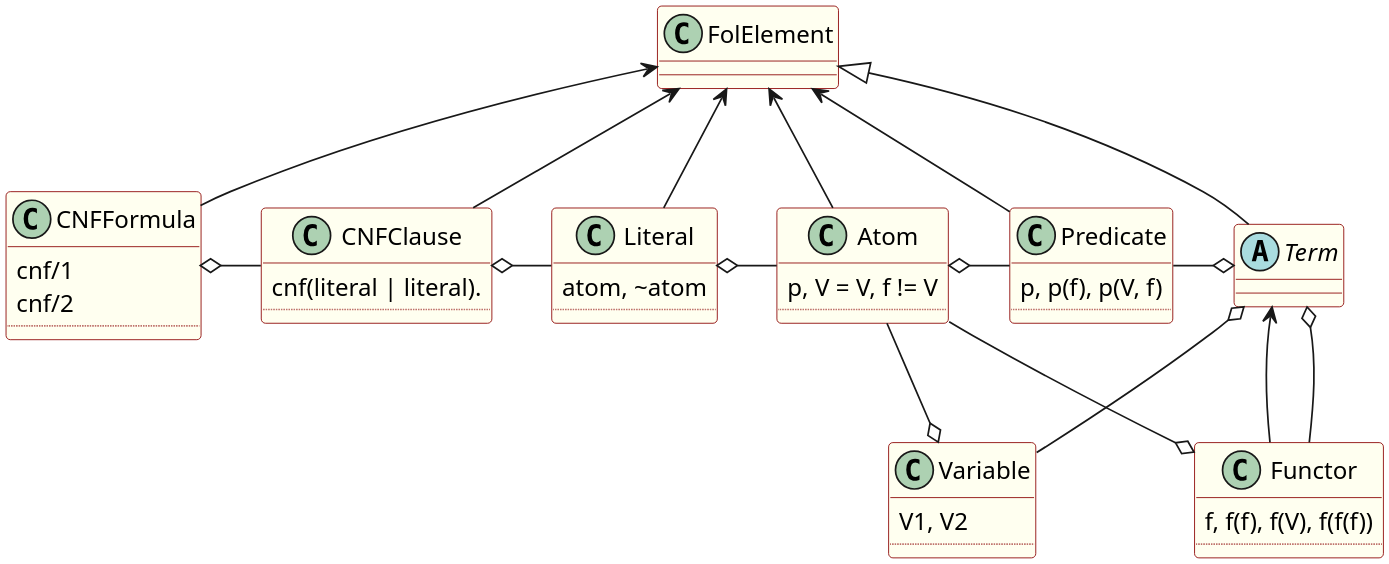
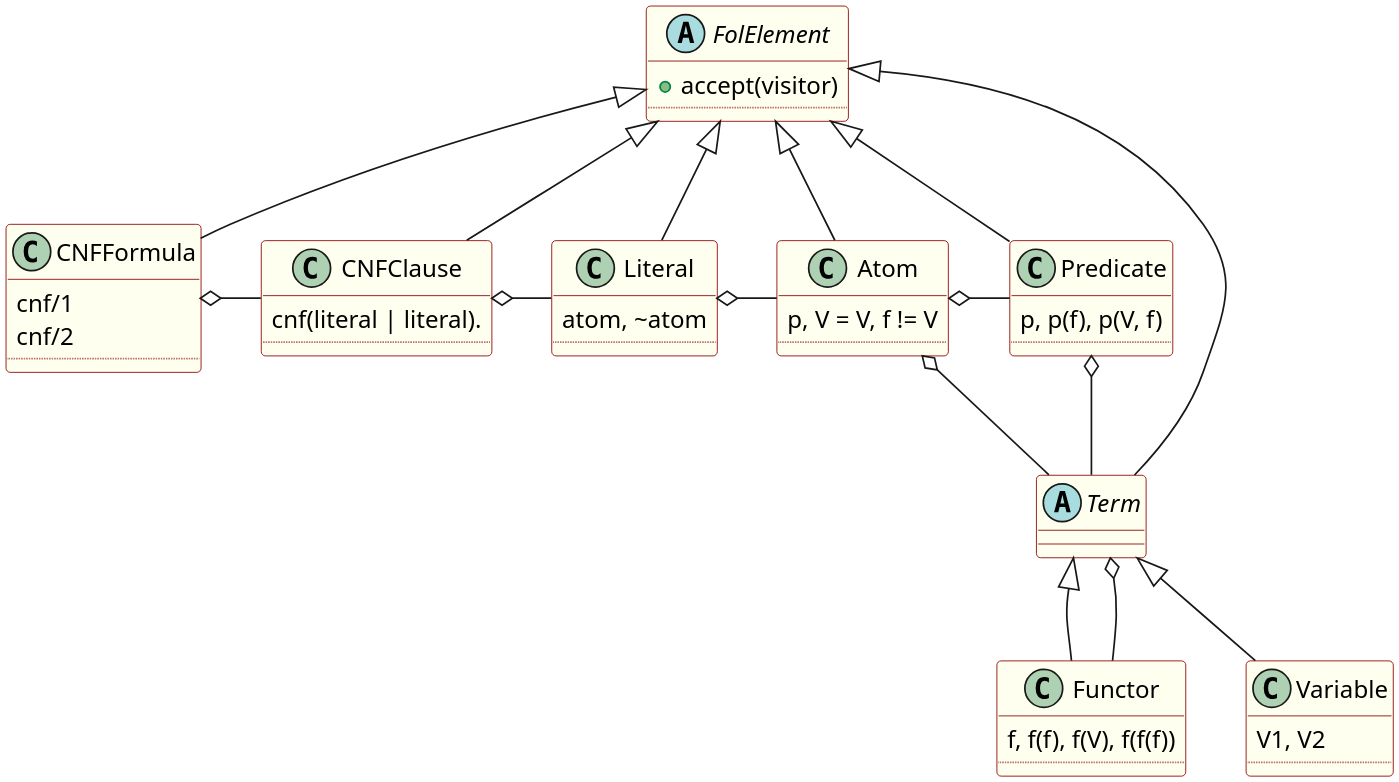
The diagram in logic-formula-generator/fol/cnf_fol_elements.puml (Mateusz-Grzelinski/set-research-documentation), drawn with PlantUML before and after one commit. The commit also changed 6 other files, not shown here.

```diff
--- a/logic-formula-generator/fol/cnf_fol_elements.puml
+++ b/logic-formula-generator/fol/cnf_fol_elements.puml
@@ -1,68 +1,72 @@
 @startuml
 skinparam dpi 300
 
 skinparam class {
   backgroundColor Ivory
   borderColor DarkRed
 }
 
 
 /' AstElement <|-- FolElement '/
-FolElement <-- CNFFormula
-FolElement <-- CNFClause
-FolElement <-- Literal
-FolElement <-- Atom
-FolElement <-- Predicate
+FolElement <|-- CNFFormula
+FolElement <|-- CNFClause
+FolElement <|-- Literal
+FolElement <|-- Atom
+FolElement <|-- Predicate
 FolElement <|-- Term
-Term <-- Functor
+Term <|-- Functor
 Term o-- Functor
-Term o-- Variable
+Term <|-- Variable
 
 
 CNFFormula o- CNFClause
 CNFClause o- Literal
 Literal o- Atom
 Atom o- Predicate
-Atom -o Variable
-Atom -o Functor
-Predicate -o Term
+Atom o- Term
+Predicate o-- Term
+
+abstract class FolElement {
+  + accept(visitor)
+  ..
+}
 
 class CNFFormula {
 	cnf/1
 	cnf/2
 	..
 }
 
 class CNFClause {
 	cnf(literal | literal).
 	..
 }
 
 class Literal {
 	atom, ~atom
 	..
 }
 
 class Atom {
 	p, V = V, f != V
 	..
 }
 
 class Predicate {
 	p, p(f), p(V, f)
 	..
 }
 
 abstract class Term {
 }
 
 class Functor {
 	f, f(f), f(V), f(f(f))
 	..
 }
 
 class Variable {
 	V1, V2
 	..
 }
 @enduml
```
